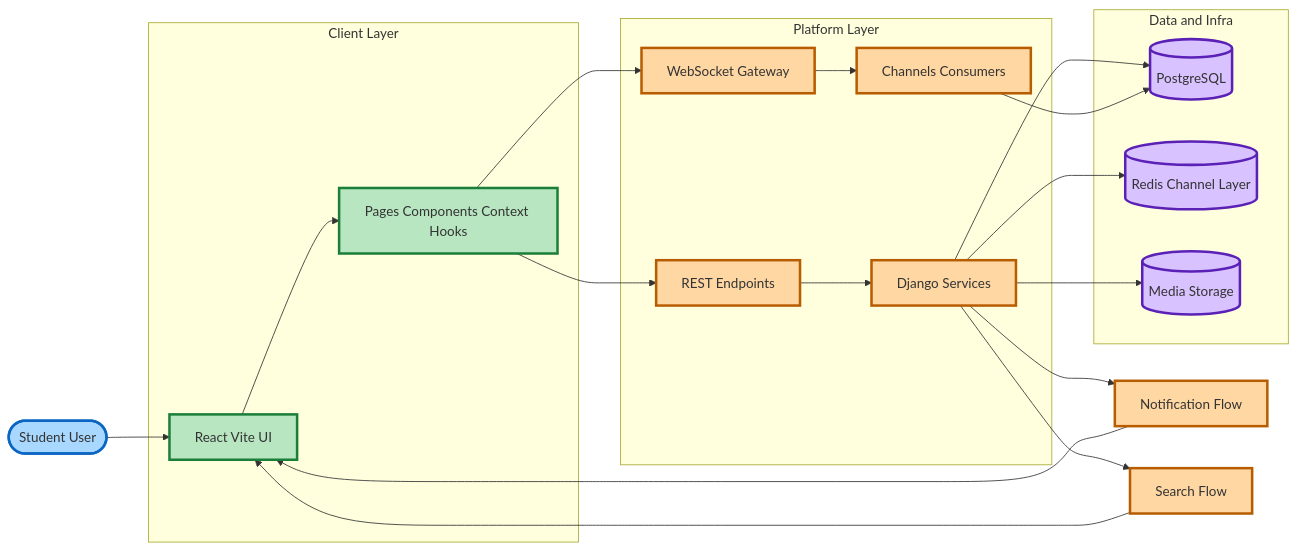
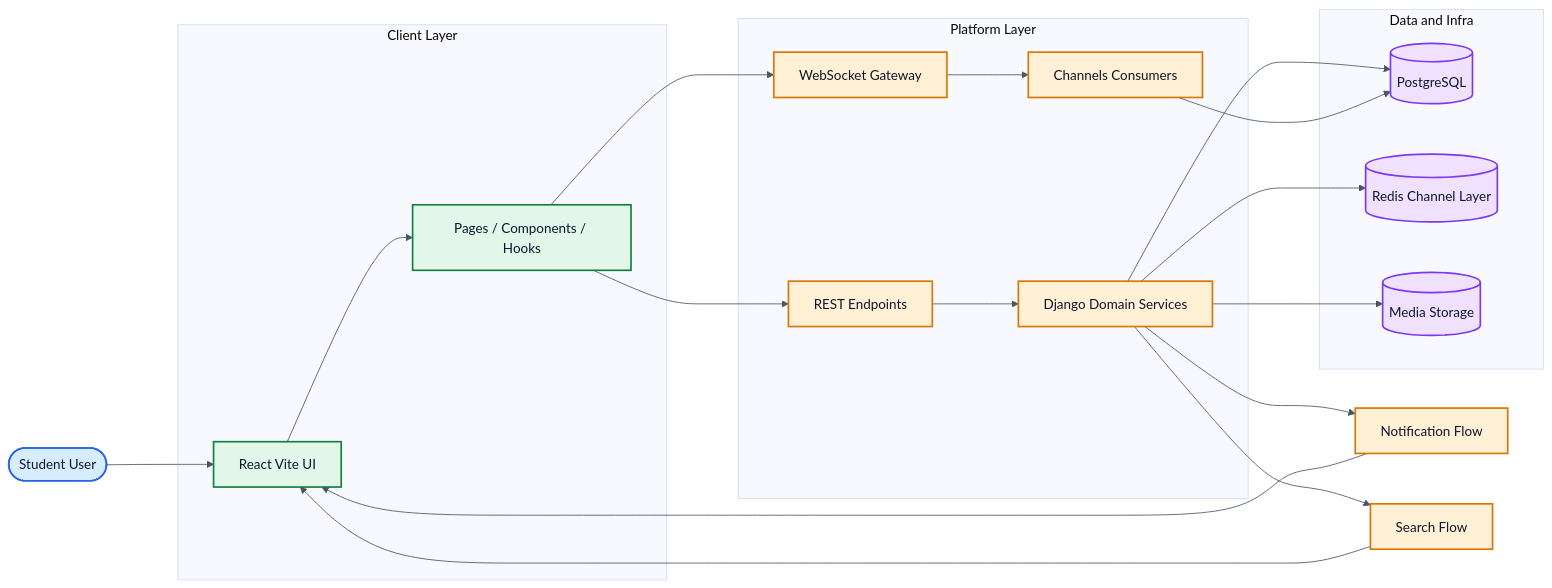
One commit to asef69/Core-BUETian--Your-BUETian-Social-Media-App changed the first of 3 diagrams in README.md. Above: the diagram before and after it, drawn with Mermaid. The commit also changed other lines of this file, not shown here.

Commit message:
final code push from Asef,may Allah grant us reward for the hardwork we have done for the past 3 months for the project

````diff
--- a/README.md
+++ b/README.md
@@ -32,37 +32,38 @@
 ```mermaid
+%%{init: {'theme':'base', 'flowchart': {'curve': 'basis', 'nodeSpacing': 60, 'rankSpacing': 85}, 'themeVariables': { 'fontFamily': 'Segoe UI, Inter, sans-serif', 'fontSize': '16px', 'primaryTextColor': '#0F172A', 'textColor': '#0F172A', 'lineColor': '#475569', 'background': '#ffffff' }}}%%
 flowchart LR
     U([Student User]) --> FE[React Vite UI]
 
-    subgraph Client Layer
-        FE --> UX[Pages Components Context Hooks]
+  subgraph Client Layer[Client Layer]
+    FE --> UX[Pages / Components / Hooks]
     end
 
-    subgraph Platform Layer
+  subgraph Platform Layer[Platform Layer]
         UX --> API[REST Endpoints]
         UX --> WS[WebSocket Gateway]
-        API --> SRV[Django Services]
+    API --> SRV[Django Domain Services]
         WS --> CHAT[Channels Consumers]
     end
 
-    subgraph Data and Infra
-        SRV --> DB[(PostgreSQL)]
-        CHAT --> DB
+  subgraph Data and Infra[Data and Infra]
+    SRV --> DB[(PostgreSQL)]
+    CHAT --> DB
         SRV --> REDIS[(Redis Channel Layer)]
-        SRV --> MEDIA[(Media Storage)]
+    SRV --> MEDIA[(Media Storage)]
     end
 
     SRV --> NOTIF[Notification Flow]
     SRV --> SEARCH[Search Flow]
     NOTIF --> FE
     SEARCH --> FE
 
-    classDef user fill:#A8D8FF,stroke:#0B66C3,stroke-width:3px;
-    classDef client fill:#B8E6C1,stroke:#1B7F3A,stroke-width:3px;
-    classDef platform fill:#FFD7A3,stroke:#B85C00,stroke-width:3px;
-    classDef data fill:#D8C2FF,stroke:#5B21B6,stroke-width:3px;
+    classDef user fill:#D8ECFF,stroke:#2563EB,stroke-width:2px,color:#0F172A;
+    classDef client fill:#E2F6E9,stroke:#15803D,stroke-width:2px,color:#0F172A;
+    classDef platform fill:#FFF0D6,stroke:#D97706,stroke-width:2px,color:#0F172A;
+    classDef data fill:#EFE1FF,stroke:#7C3AED,stroke-width:2px,color:#0F172A;
 
     class U user;
     class FE,UX client;
     class API,WS,SRV,CHAT,NOTIF,SEARCH platform;
     class DB,REDIS,MEDIA data;
 ```
````
